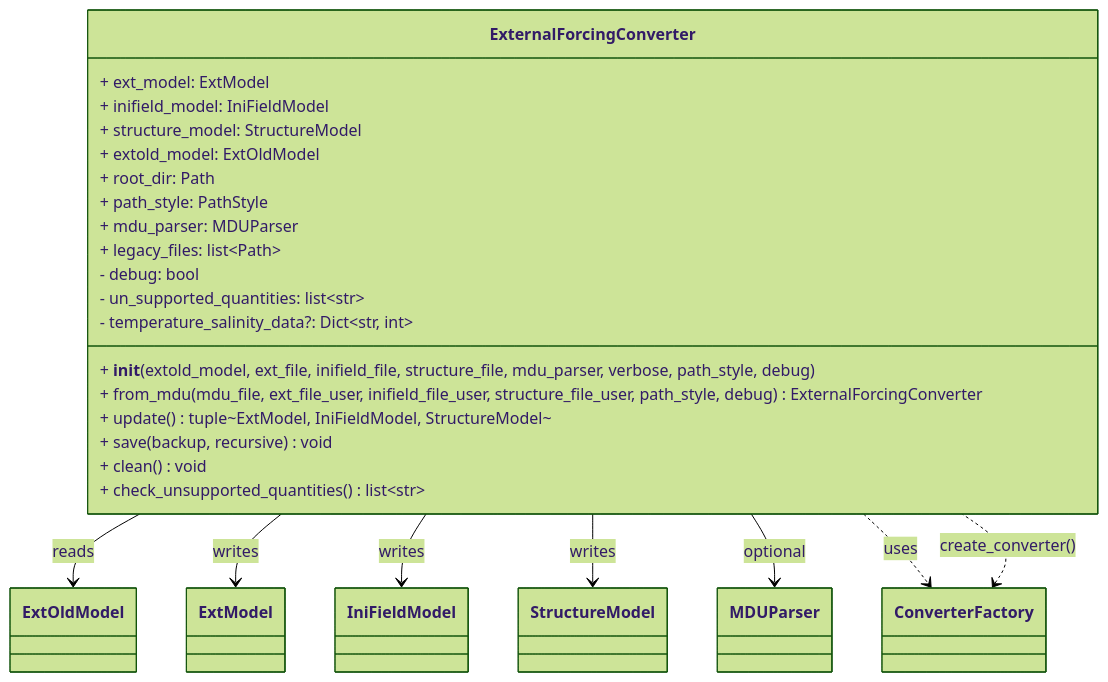
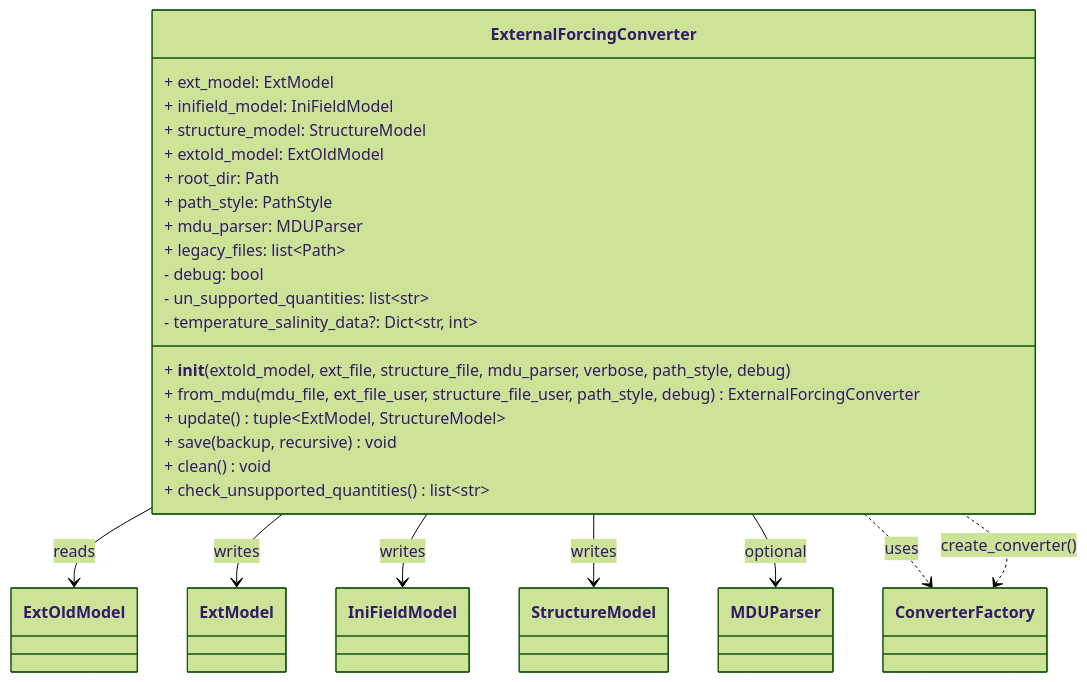
Before and after one commit to Deltares/HYDROLIB-core: the second of 4 diagrams in docs/reference/tools/extforce-convert/extforce_convert.md, drawn with Mermaid (forest theme). The commit also changed other lines of this file and 31 other files, not shown here.

````diff
--- a/docs/reference/tools/extforce-convert/extforce_convert.md
+++ b/docs/reference/tools/extforce-convert/extforce_convert.md
@@ -294,30 +290,30 @@
 ```mermaid
 classDiagram
     class ExternalForcingConverter {
-        + __init__(extold_model, ext_file, inifield_file, structure_file, mdu_parser, verbose, path_style, debug)
-        + from_mdu(mdu_file, ext_file_user, inifield_file_user, structure_file_user, path_style, debug) ExternalForcingConverter
-        + update() tuple~ExtModel, IniFieldModel, StructureModel~
+        + __init__(extold_model, ext_file, structure_file, mdu_parser, verbose, path_style, debug)
+        + from_mdu(mdu_file, ext_file_user, structure_file_user, path_style, debug) ExternalForcingConverter
+        + update() tuple~ExtModel, StructureModel~
         + save(backup, recursive) void
         + clean() void
         + check_unsupported_quantities() list~str~
         + ext_model: ExtModel
         + inifield_model: IniFieldModel
         + structure_model: StructureModel
         + extold_model: ExtOldModel
         + root_dir: Path
         + path_style: PathStyle
         + mdu_parser: MDUParser
         + legacy_files: list~Path~
         - debug: bool
         - un_supported_quantities: list~str~
         - temperature_salinity_data?: Dict~str, int~
     }
 
     ExternalForcingConverter --> ExtOldModel : reads
     ExternalForcingConverter --> ExtModel : writes
     ExternalForcingConverter --> IniFieldModel : writes
     ExternalForcingConverter --> StructureModel : writes
     ExternalForcingConverter --> MDUParser : optional
     ExternalForcingConverter ..> ConverterFactory : uses
     ConverterFactory <.. ExternalForcingConverter : create_converter()
 ```
````
